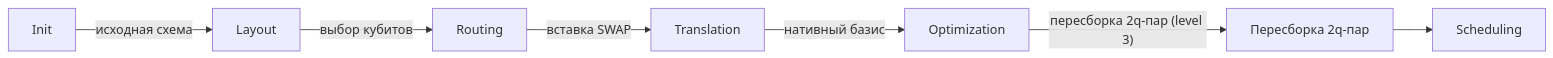
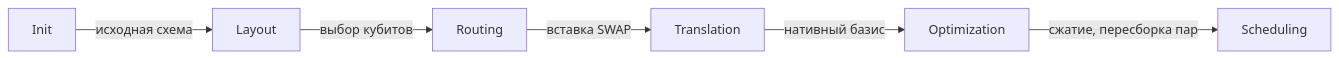
Before and after one commit to DrDimooon/qc-design-course: the diagram in curriculum/02-programming/03-transpilation-hardware.md, drawn with Mermaid. The commit also changed other lines of this file and 64 other files, not shown here.

````diff
--- a/curriculum/02-programming/03-transpilation-hardware.md
+++ b/curriculum/02-programming/03-transpilation-hardware.md
@@ -63,9 +69,8 @@
 ```mermaid
 flowchart LR
   I["Init"] -->|"исходная схема"| L["Layout"]
   L -->|"выбор кубитов"| R["Routing"]
   R -->|"вставка SWAP"| T["Translation"]
   T -->|"нативный базис"| O["Optimization"]
-  O -->|"пересборка 2q-пар (level 3)"| O2["Пересборка 2q-пар"]
-  O2 --> S["Scheduling"]
+  O -->|"сжатие, пересборка пар"| S["Scheduling"]
 ```
````
